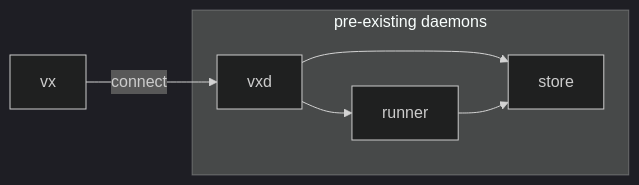
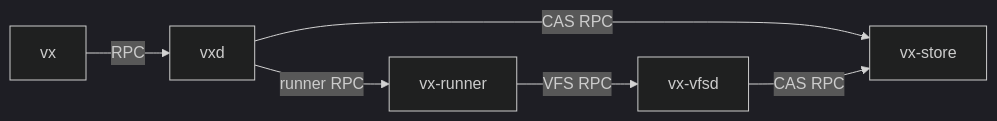
One commit to vixenware/vixen changed the diagram in docs/content/daemons.md. Above: the diagram before and after it, drawn with Mermaid (dark theme). The commit also changed other lines of this file and 8 other files, not shown here.

````diff
--- a/docs/content/daemons.md
+++ b/docs/content/daemons.md
@@ -33,14 +9,14 @@
 ```mermaid
 flowchart LR
   vx["vx"]
-  subgraph daemons["pre-existing daemons"]
-    vxd["vxd"]
-    store["store"]
-    runner["runner"]
-  end
+  vxd["vxd"]
+  store["vx-store"]
+  runner["vx-runner"]
+  vfsd["vx-vfsd"]
 
-  vx -->|"connect"| vxd
-  vxd --> store
-  vxd --> runner
-  runner --> store
+  vx -->|RPC| vxd
+  vxd -->|CAS RPC| store
+  vxd -->|runner RPC| runner
+  runner -->|VFS RPC| vfsd
+  vfsd -->|CAS RPC| store
 ```
````
